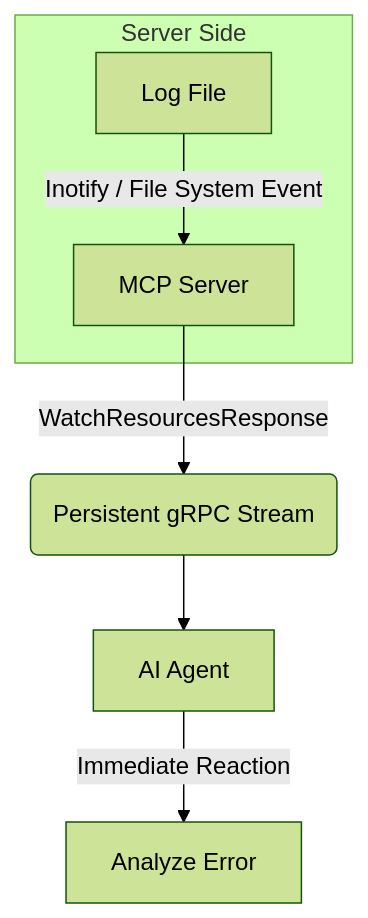
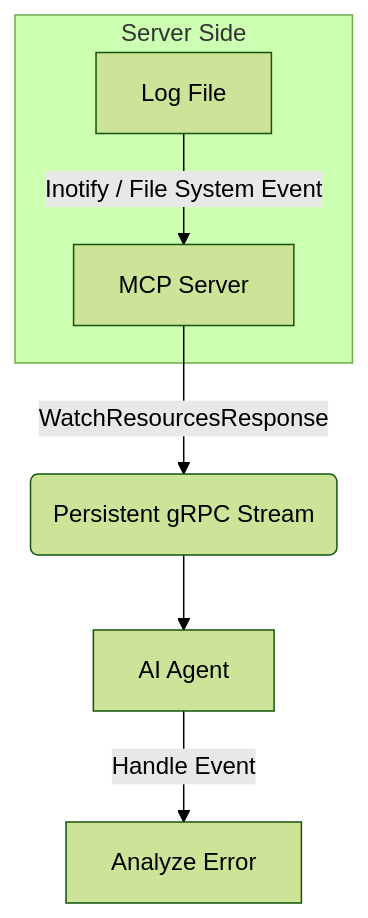
Before and after one commit to asheshvidyut/python-sdk: the second of 2 diagrams in proto/grpc-streaming-use-cases.md, drawn with Mermaid (forest theme). The commit also changed other lines of this file and 3 other files, not shown here.

````diff
--- a/proto/grpc-streaming-use-cases.md
+++ b/proto/grpc-streaming-use-cases.md
@@ -67,9 +67,9 @@
 ```mermaid
 graph TD
     A[MCP Server] -- "WatchResourcesResponse" --> B(Persistent gRPC Stream)
     B --> C[AI Agent]
     subgraph "Server Side"
     D[Log File] -- "Inotify / File System Event" --> A
     end
-    C -- "Immediate Reaction" --> E[Analyze Error]
+    C -- "Handle Event" --> E[Analyze Error]
 ```
````
